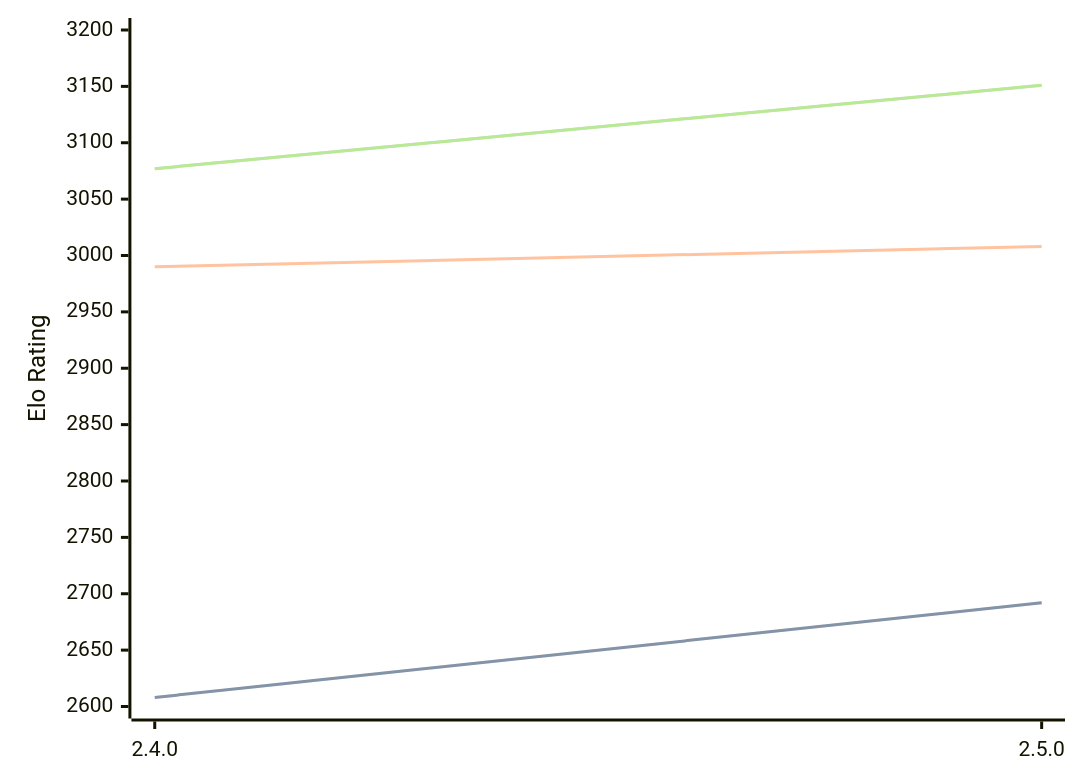
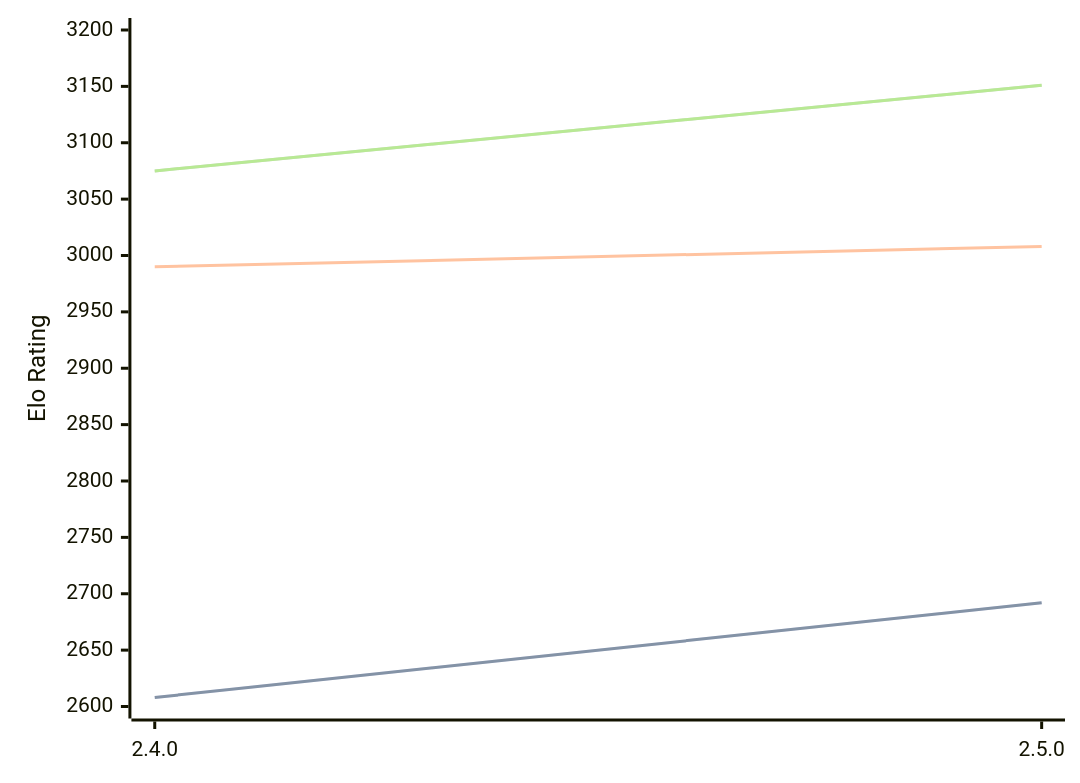
The third of 3 diagrams in engines/Sturddle2.md (computer-chess-index/cci), drawn with Mermaid before and after one commit. The commit also changed other lines of this file, not shown here.

Commit message:
Update CCI Ratings (ELO VLTC) - 2026-06-20

````diff
--- a/engines/Sturddle2.md
+++ b/engines/Sturddle2.md
@@ -70,11 +70,11 @@
 ```mermaid
 %%{init: {"theme":"base","themeVariables":{"seriesColors:['#a3a3a3','#222221','#faa371']}}}%%
 xychart-beta
   x-axis ["2.4.0", "2.5.0"]
   y-axis "Elo Rating" 2600 --> 3200
   line "STC (8.0+0.08s)" [2608, 2692]
   line "STC (8.0+0.08s)" [2608, 2692]
   line "LTC (60.0+0.60s)" [2990, 3008]
-  line "VLTC (2m24s+1.12s)" [3077, 3151]
-  line "VLTC (2m24s+1.12s)" [3077, 3151]
+  line "VLTC (2m24s+1.12s)" [3075, 3151]
+  line "VLTC (2m24s+1.12s)" [3075, 3151]
 ```
````
